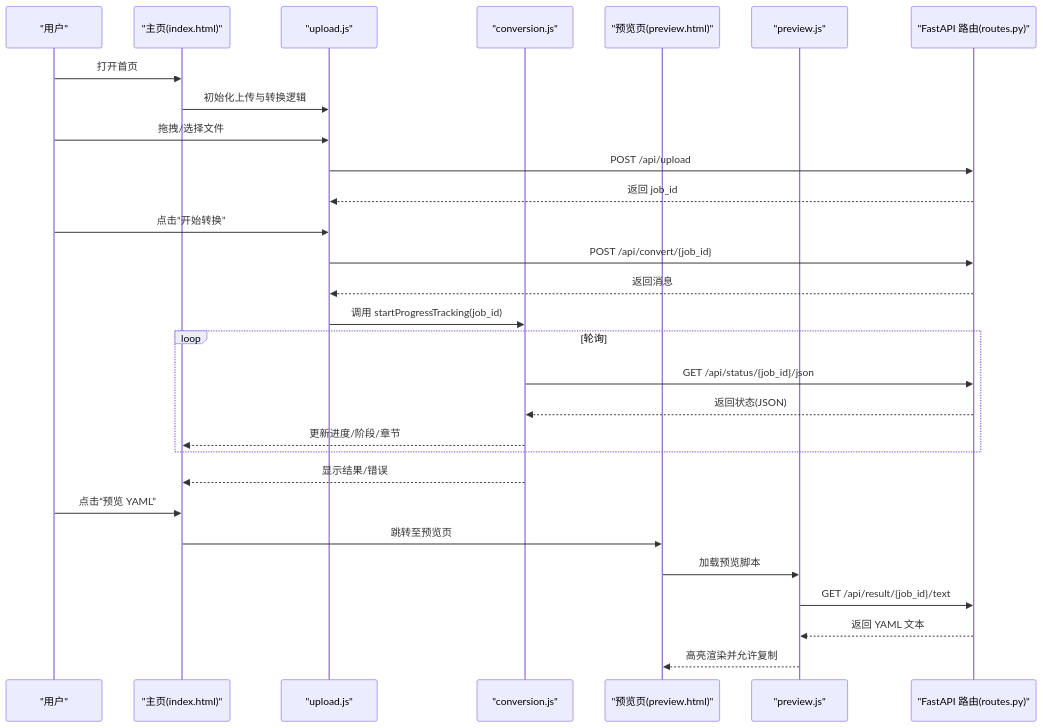
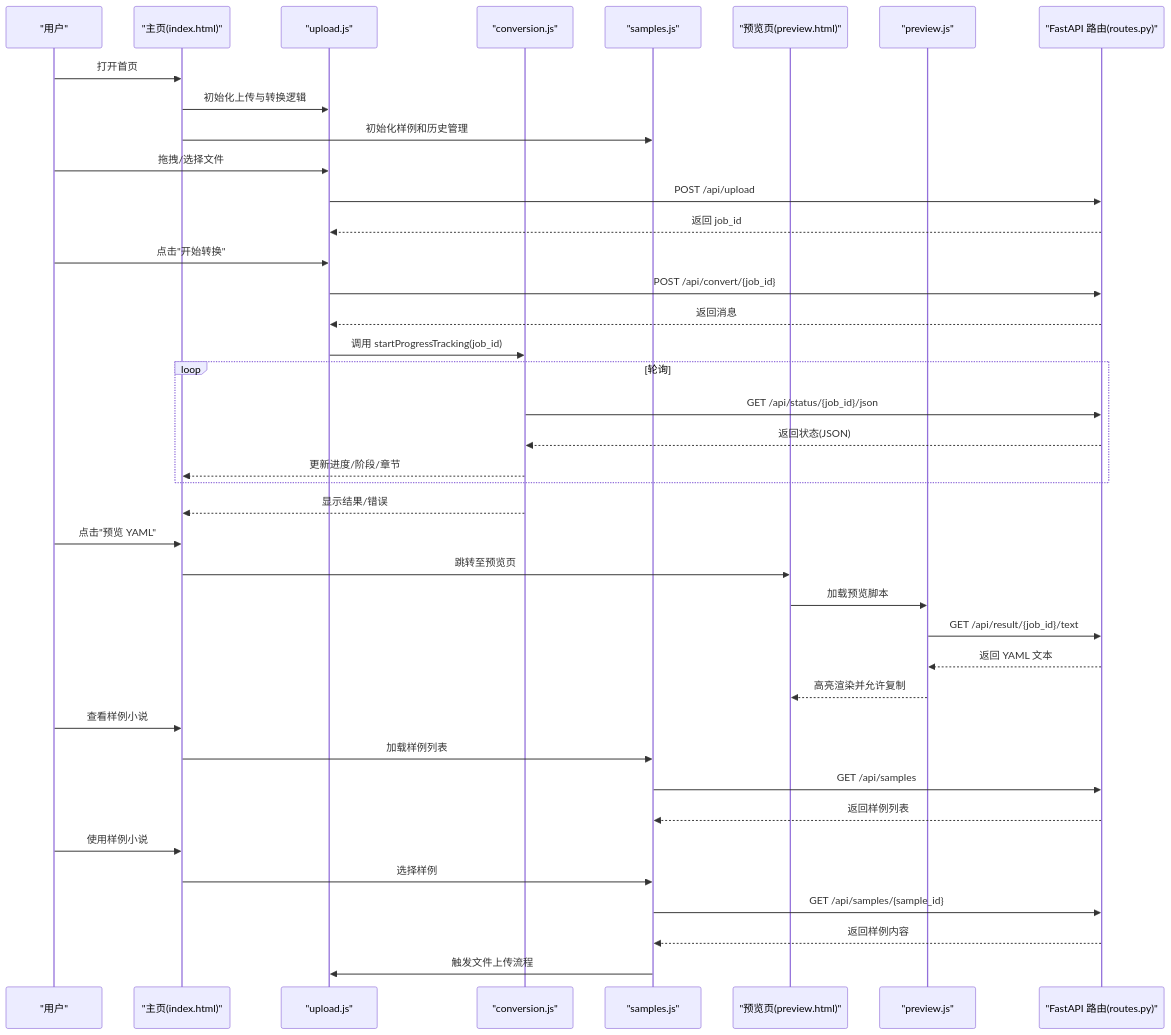
The second of 9 diagrams in .qoder/repowiki/zh/content/前端界面/前端界面.md (tjujingzong/Novel-to-Screenplay), drawn with Mermaid before and after one commit. The commit also changed other lines of this file and 21 other files, not shown here.

````diff
--- a/.qoder/repowiki/zh/content/前端界面/前端界面.md
+++ b/.qoder/repowiki/zh/content/前端界面/前端界面.md
@@ -119,31 +145,42 @@
 ```mermaid
 sequenceDiagram
 participant U as "用户"
 participant UI as "主页(index.html)"
 participant JSU as "upload.js"
 participant JSC as "conversion.js"
+participant JSS as "samples.js"
 participant P as "预览页(preview.html)"
 participant PSP as "preview.js"
 participant API as "FastAPI 路由(routes.py)"
 U->>UI : 打开首页
 UI->>JSU : 初始化上传与转换逻辑
+UI->>JSS : 初始化样例和历史管理
 U->>JSU : 拖拽/选择文件
 JSU->>API : POST /api/upload
 API-->>JSU : 返回 job_id
-U->>JSU : 点击“开始转换”
+U->>JSU : 点击"开始转换"
 JSU->>API : POST /api/convert/{job_id}
 API-->>JSU : 返回消息
 JSU->>JSC : 调用 startProgressTracking(job_id)
 loop 轮询
 JSC->>API : GET /api/status/{job_id}/json
 API-->>JSC : 返回状态(JSON)
 JSC-->>UI : 更新进度/阶段/章节
 end
 JSC-->>UI : 显示结果/错误
-U->>UI : 点击“预览 YAML”
+U->>UI : 点击"预览 YAML"
 UI->>P : 跳转至预览页
 P->>PSP : 加载预览脚本
 PSP->>API : GET /api/result/{job_id}/text
 API-->>PSP : 返回 YAML 文本
 PSP-->>P : 高亮渲染并允许复制
+U->>UI : 查看样例小说
+UI->>JSS : 加载样例列表
+JSS->>API : GET /api/samples
+API-->>JSS : 返回样例列表
+U->>UI : 使用样例小说
+UI->>JSS : 选择样例
+JSS->>API : GET /api/samples/{sample_id}
+API-->>JSS : 返回样例内容
+JSS->>JSU : 触发文件上传流程
 ```
````
